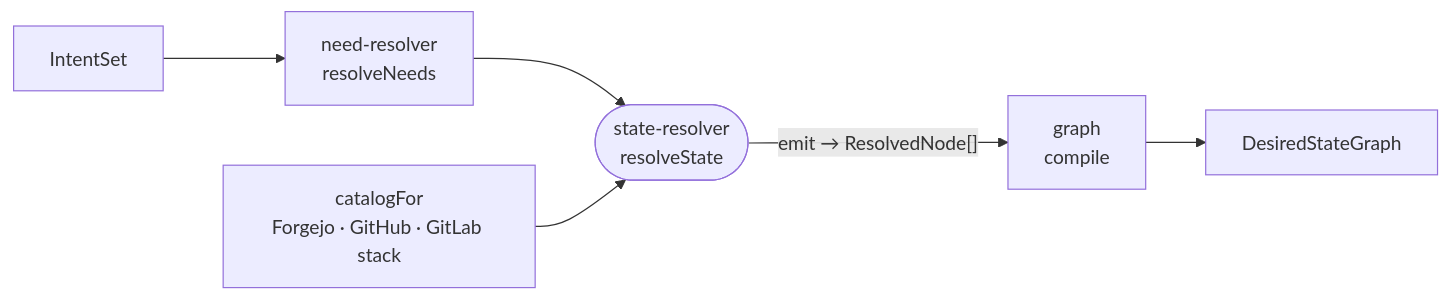
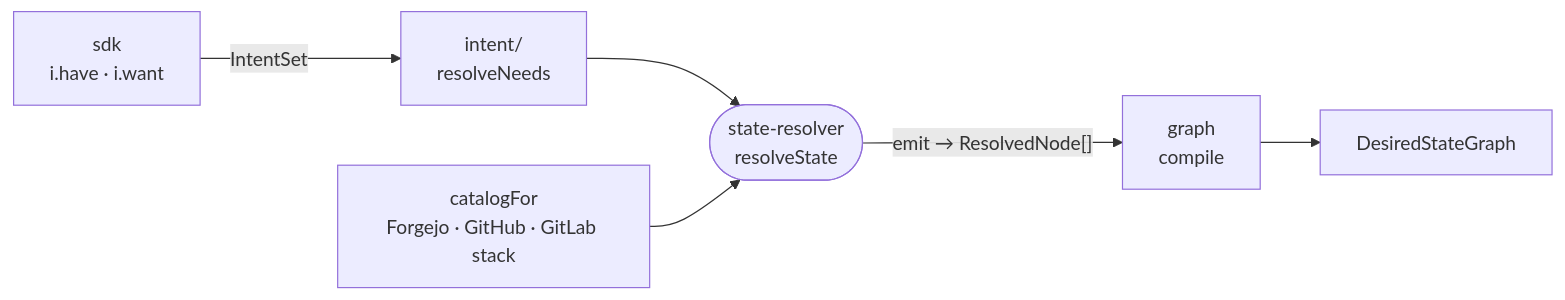
Before and after one commit to intentic/intentic: the diagram in _deploy/state-resolver/README.md, drawn with Mermaid. The commit also changed other lines of this file and 2216 other files, not shown here.

Commit message:
chore(docs): refresh architecture index for extension changes

````diff
--- a/_deploy/state-resolver/README.md
+++ b/_deploy/state-resolver/README.md
@@ -5,8 +5,8 @@
 ```mermaid
 flowchart LR
-    intent["IntentSet"] --> needs["need-resolver<br/>resolveNeeds"]
+    sdk["sdk<br/>i.have · i.want"] -- "IntentSet" --> needs["intent/<br/>resolveNeeds"]
     needs --> state(["state-resolver<br/>resolveState"])
     catalog["catalogFor<br/>Forgejo · GitHub · GitLab stack"] --> state
     state -- "emit → ResolvedNode[]" --> compile["graph<br/>compile"]
     compile --> artifact["DesiredStateGraph"]
 ```
````
